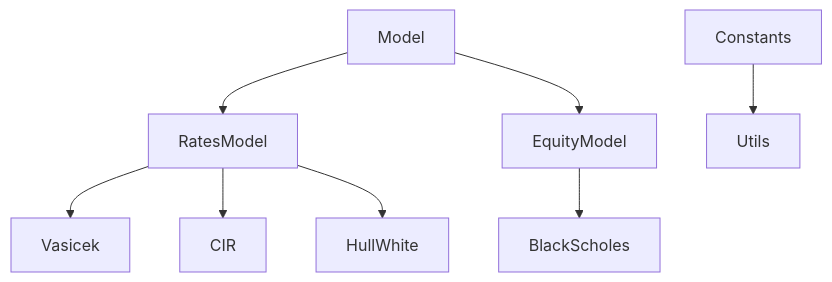
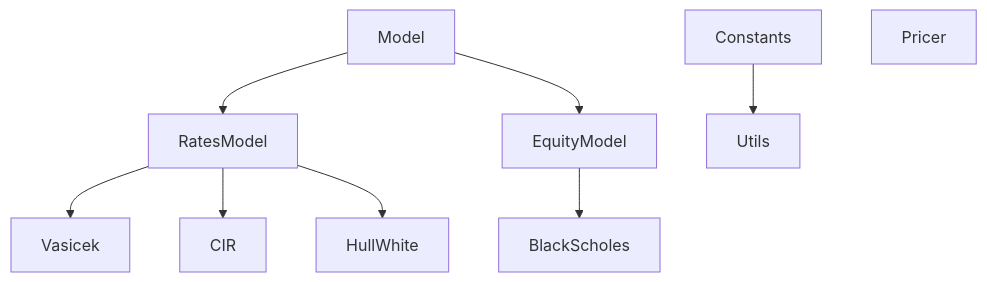
One commit to lcsrodriguez/CuttingEdge-Milliman changed the diagram in README.md. Above: the diagram before and after it, drawn with Mermaid. The commit also changed 3 other files, not shown here.

Commit message:
Updating requirements.txt + architecture

````diff
--- a/README.md
+++ b/README.md
@@ -21,10 +21,11 @@
 ```mermaid
   graph TD;
       Model --> RatesModel
       Model --> EquityModel
       RatesModel --> Vasicek
       RatesModel --> CIR
       RatesModel --> HullWhite
       EquityModel --> BlackScholes
       Constants --> Utils
+      Pricer
 ```
````
